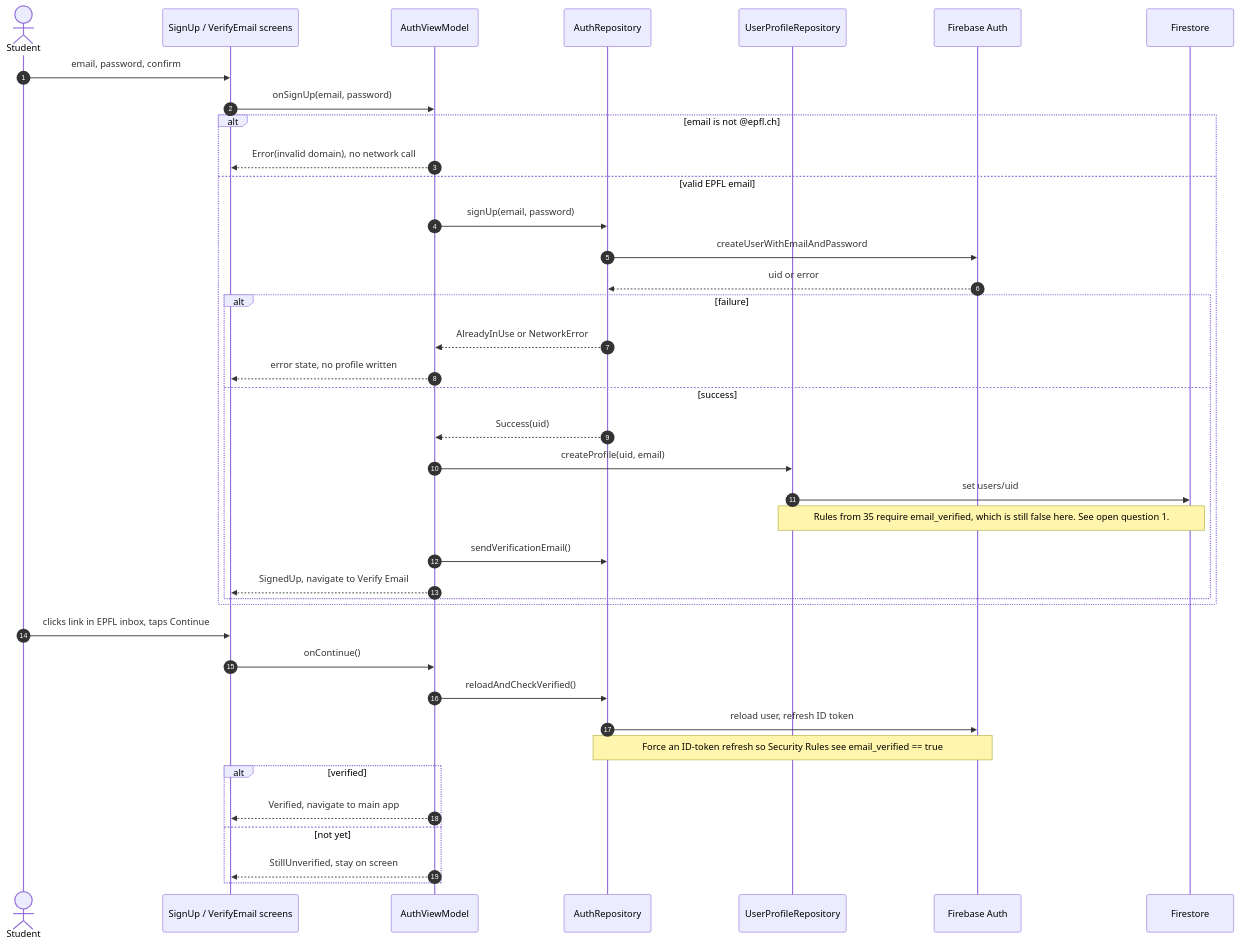
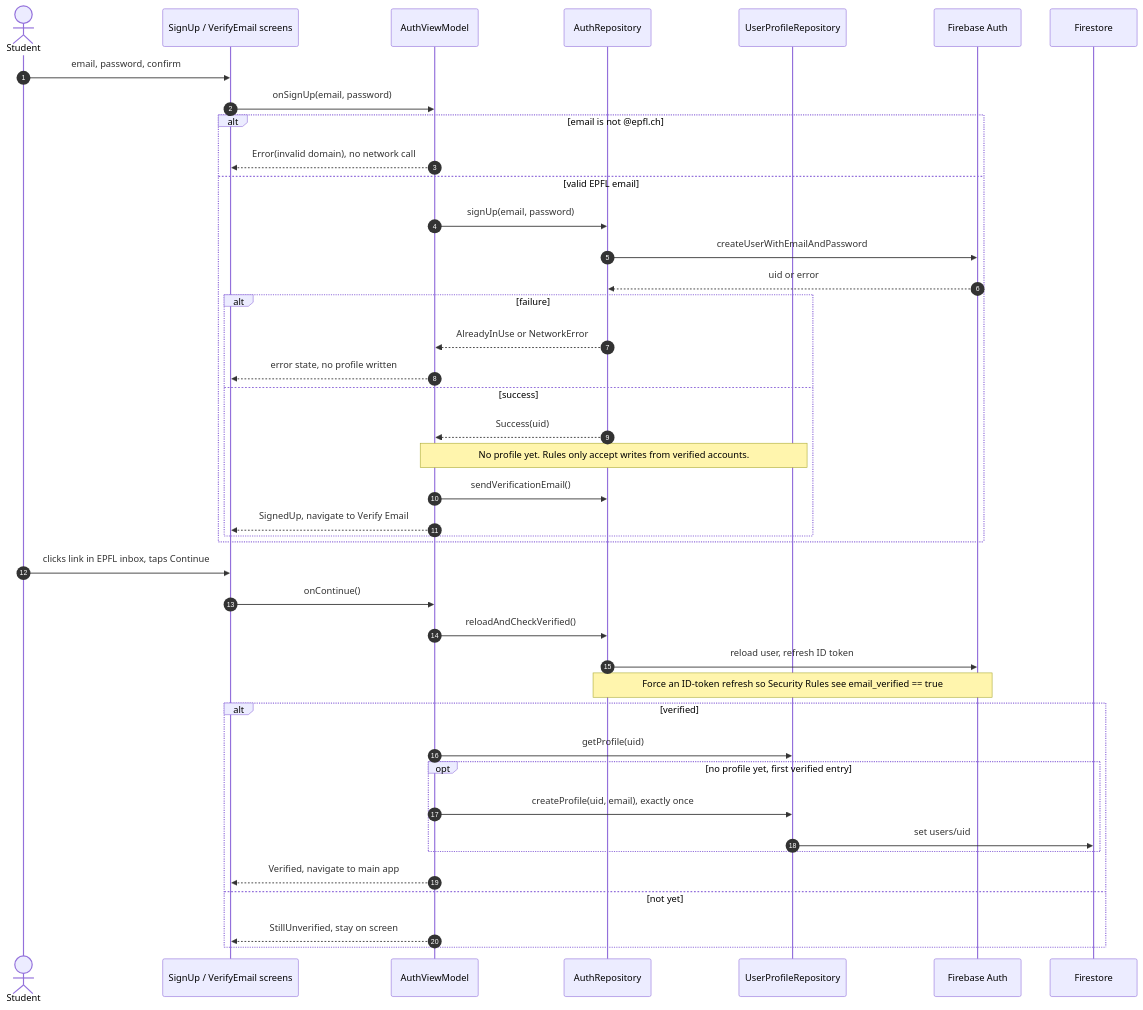
One commit to swent-polysocial/PolySocial changed the sixth of 11 diagrams in docs/Architecture-Diagram.md. Above: the diagram before and after it, drawn with Mermaid. The commit also changed other lines of this file, not shown here.

First line of the commit message:
docs: apply design decisions to architecture page

````diff
--- a/docs/Architecture-Diagram.md
+++ b/docs/Architecture-Diagram.md
@@ -368,42 +368,45 @@
 ```mermaid
 sequenceDiagram
   autonumber
   actor S as Student
   participant UI as SignUp / VerifyEmail screens
   participant VM as AuthViewModel
   participant AR as AuthRepository
   participant PR as UserProfileRepository
   participant FA as Firebase Auth
   participant FS as Firestore
 
   S->>UI: email, password, confirm
   UI->>VM: onSignUp(email, password)
   alt email is not @epfl.ch
     VM-->>UI: Error(invalid domain), no network call
   else valid EPFL email
     VM->>AR: signUp(email, password)
     AR->>FA: createUserWithEmailAndPassword
     FA-->>AR: uid or error
     alt failure
       AR-->>VM: AlreadyInUse or NetworkError
       VM-->>UI: error state, no profile written
     else success
       AR-->>VM: Success(uid)
-      VM->>PR: createProfile(uid, email)
-      PR->>FS: set users/uid
-      Note over PR,FS: Rules from 35 require email_verified, which is still false here. See open question 1.
+      Note over VM,PR: No profile yet. Rules only accept writes from verified accounts.
       VM->>AR: sendVerificationEmail()
       VM-->>UI: SignedUp, navigate to Verify Email
     end
   end
   S->>UI: clicks link in EPFL inbox, taps Continue
   UI->>VM: onContinue()
   VM->>AR: reloadAndCheckVerified()
   AR->>FA: reload user, refresh ID token
   Note over AR,FA: Force an ID-token refresh so Security Rules see email_verified == true
   alt verified
+    VM->>PR: getProfile(uid)
+    opt no profile yet, first verified entry
+      VM->>PR: createProfile(uid, email), exactly once
+      PR->>FS: set users/uid
+    end
     VM-->>UI: Verified, navigate to main app
   else not yet
     VM-->>UI: StillUnverified, stay on screen
   end
 ```
````
